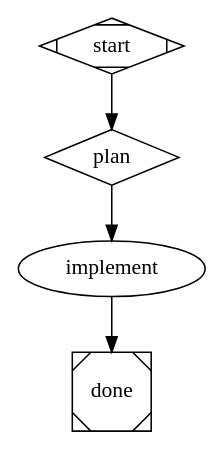
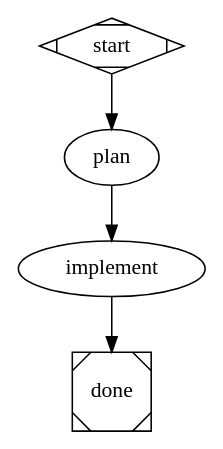
Before and after one commit to elykhodges-png/amplifier-bundle-attractor: the seventh of 7 diagrams in docs/DOT-SYNTAX.md, drawn with Graphviz. The commit also changed other lines of this file and 1 other file, not shown here.

````diff
--- a/docs/DOT-SYNTAX.md
+++ b/docs/DOT-SYNTAX.md
@@ -140,13 +141,13 @@
 ```dot
 digraph {
     graph [
         goal="$goal",
         model_stylesheet="box { llm_provider=anthropic; llm_model=claude-sonnet-4-20250514 }
-                          diamond { llm_provider=openai; llm_model=o3-mini; reasoning_effort=high }"
+                          ellipse { llm_provider=openai; llm_model=o3-mini; reasoning_effort=high }"
     ]
     start [shape=Mdiamond]; done [shape=Msquare]
-    plan [shape=diamond, prompt="Create a plan for: $goal"]
+    plan [shape=ellipse, prompt="Create a plan for: $goal"]
     implement [prompt="Execute the plan"]
     start -> plan -> implement -> done
 }
 ```
````
